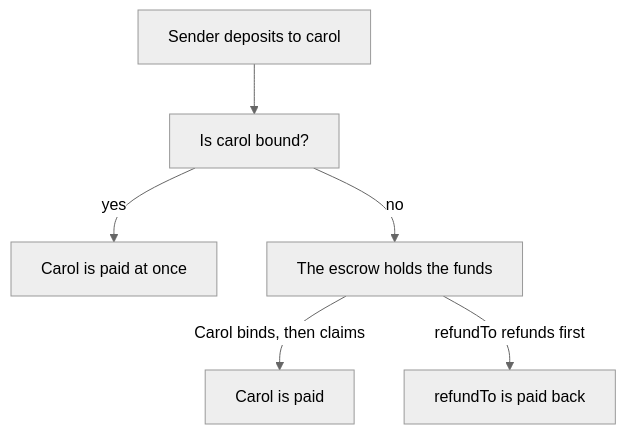
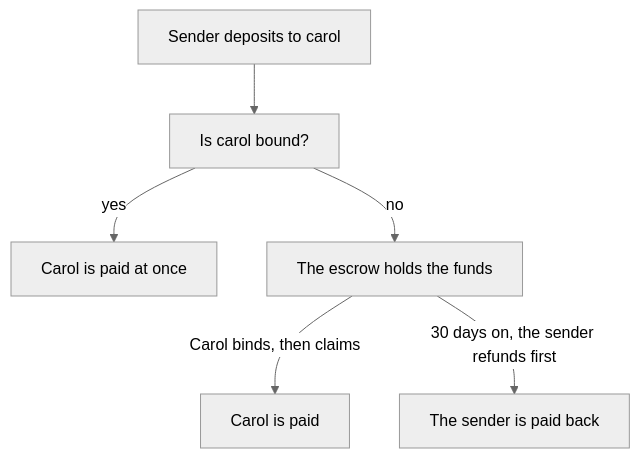
One commit to libid-org/libID changed the diagram in docs/pages/guides/pay-a-handle.md. Above: the diagram before and after it, drawn with Mermaid (neutral theme). The commit also changed other lines of this file and 15 other files, not shown here.

````diff
--- a/docs/pages/guides/pay-a-handle.md
+++ b/docs/pages/guides/pay-a-handle.md
@@ -13,8 +14,8 @@
 ```mermaid
 flowchart TD
   D["Sender deposits to carol"] --> Q["Is carol bound?"]
   Q -- yes --> F["Carol is paid at once"]
   Q -- no --> H["The escrow holds the funds"]
   H -- "Carol binds, then claims" --> C["Carol is paid"]
-  H -- "refundTo refunds first" --> R["refundTo is paid back"]
+  H -- "30 days on, the sender refunds first" --> R["The sender is paid back"]
 ```
````
